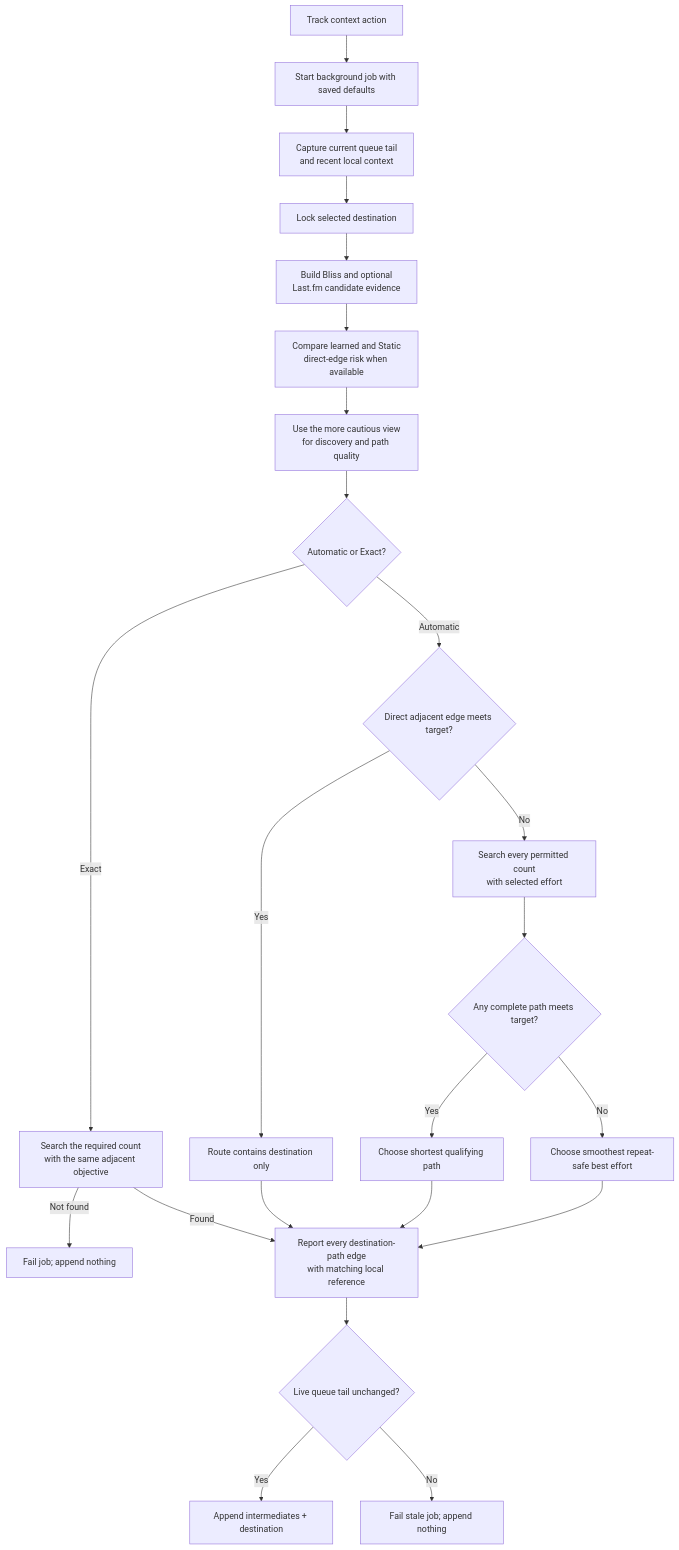
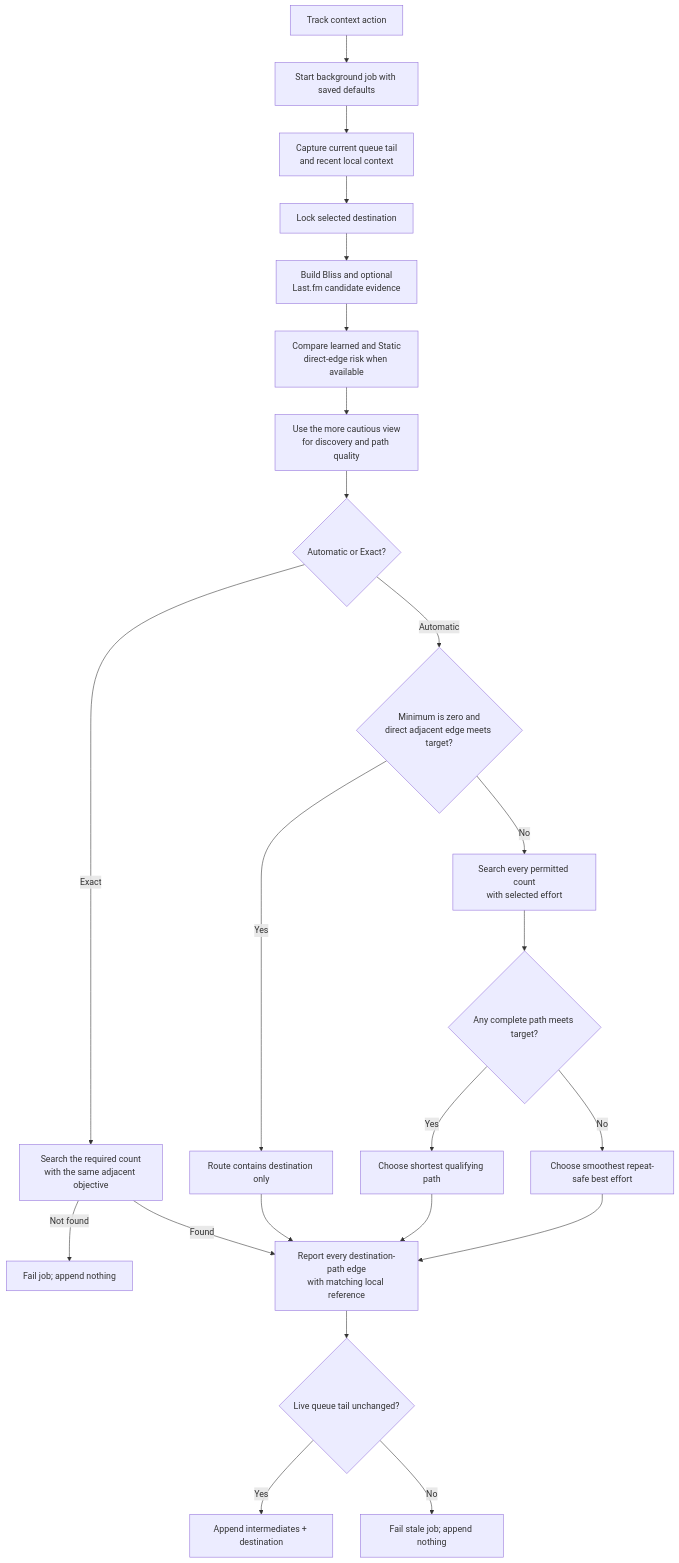
Before and after one commit to chrober/lms-better-call-bliss: the first of 8 diagrams in ALGORITHMS.md, drawn with Mermaid. The commit also changed other lines of this file, not shown here.

```diff
--- a/ALGORITHMS.md
+++ b/ALGORITHMS.md
@@ -86,25 +86,25 @@
 ~~~mermaid
 flowchart TD
     A["Track context action"] --> B["Start background job with saved defaults"]
     B --> C["Capture current queue tail<br/>and recent local context"]
     C --> D["Lock selected destination"]
     D --> E["Build Bliss and optional<br/>Last.fm candidate evidence"]
     E --> V["Compare learned and Static<br/>direct-edge risk when available"]
     V --> W["Use the more cautious view<br/>for discovery and path quality"]
     W --> F{"Automatic or Exact?"}
-    F -- Automatic --> G{"Direct adjacent edge meets target?"}
+    F -- Automatic --> G{"Minimum is zero and<br/>direct adjacent edge meets target?"}
     G -- Yes --> K["Route contains destination only"]
     G -- No --> H["Search every permitted count<br/>with selected effort"]
     H --> I{"Any complete path meets target?"}
     I -- Yes --> P["Choose shortest qualifying path"]
     I -- No --> Q["Choose smoothest repeat-safe best effort"]
     F -- Exact --> L["Search the required count<br/>with the same adjacent objective"]
     L -- Not found --> J["Fail job; append nothing"]
     L -- Found --> R
     K --> R["Report every destination-path edge<br/>with matching local reference"]
     P --> R
     Q --> R
     R --> M{"Live queue tail unchanged?"}
     M -- Yes --> N["Append intermediates + destination"]
     M -- No --> O["Fail stale job; append nothing"]
 ~~~
```
